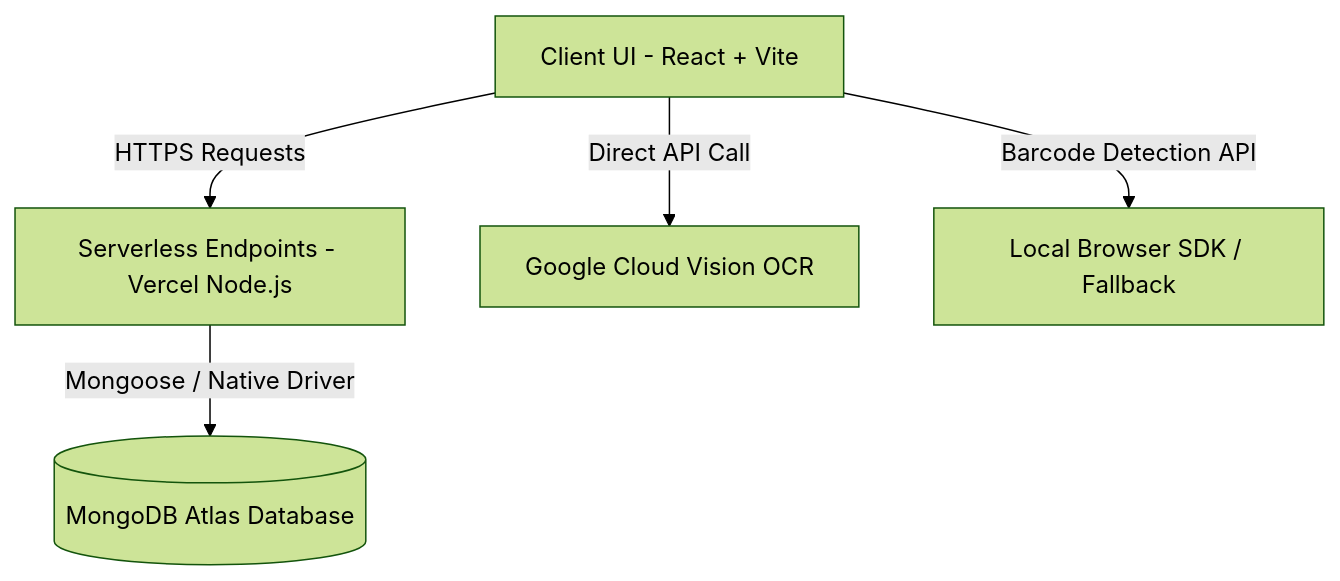
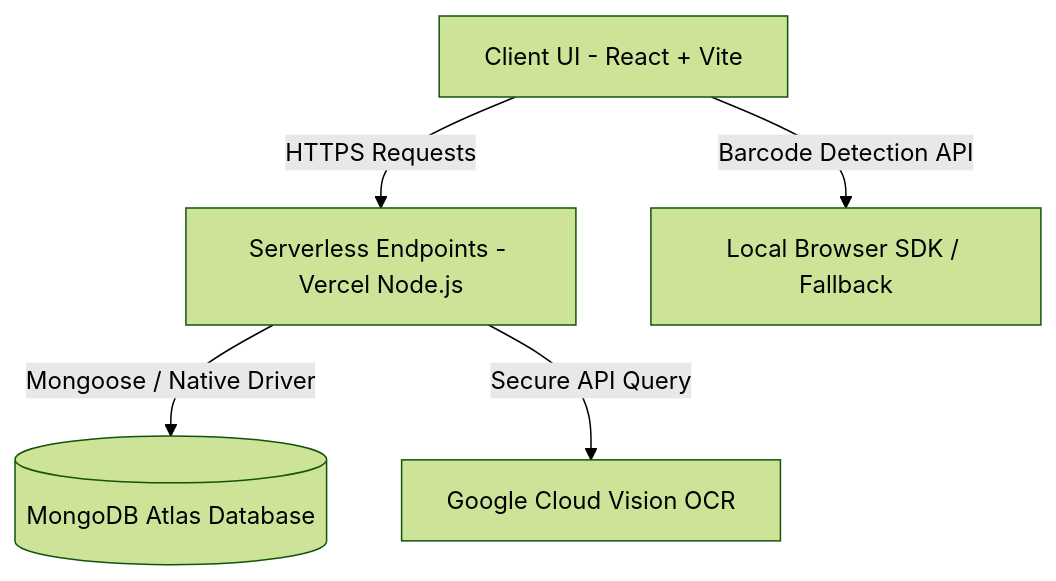
One commit to Srujan-AI-ML/Label-Lens changed the diagram in docs/DEVELOPER_GUIDE.md. Above: the diagram before and after it, drawn with Mermaid (forest theme). The commit also changed other lines of this file and 2 other files, not shown here.

Commit message:
Refactor Google Cloud Vision OCR requests to route securely through backend proxy api/vision/ocr

````diff
--- a/docs/DEVELOPER_GUIDE.md
+++ b/docs/DEVELOPER_GUIDE.md
@@ -15,7 +15,7 @@
 ```mermaid
 graph TD
     A[Client UI - React + Vite] -->|HTTPS Requests| B[Serverless Endpoints - Vercel Node.js]
     B -->|Mongoose / Native Driver| C[(MongoDB Atlas Database)]
-    A -->|Direct API Call| D[Google Cloud Vision OCR]
+    B -->|Secure API Query| D[Google Cloud Vision OCR]
     A -->|Barcode Detection API| E[Local Browser SDK / Fallback]
 ```
````
